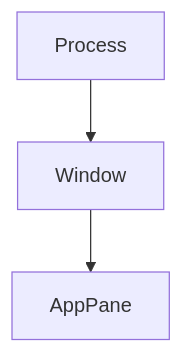
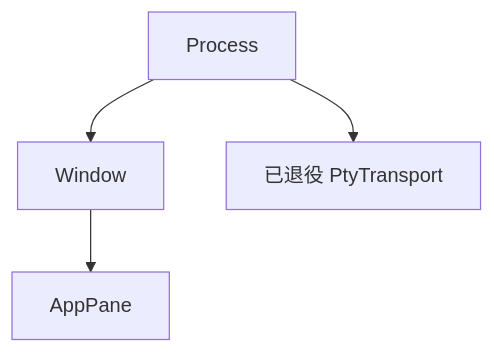
One commit to D0n9X1n/SonicTerm changed the diagram in wiki/Memory-zh-CN.md. Above: the diagram before and after it, drawn with Mermaid. The commit also changed other lines of this file and 43 other files, not shown here.

````diff
--- a/wiki/Memory-zh-CN.md
+++ b/wiki/Memory-zh-CN.md
@@ -71,5 +71,6 @@
 ```mermaid
 flowchart TD
     process["Process"] --> window["Window"]
     window --> pane["AppPane"]
+    process --> retired["已退役 PtyTransport"]
 ```
````
